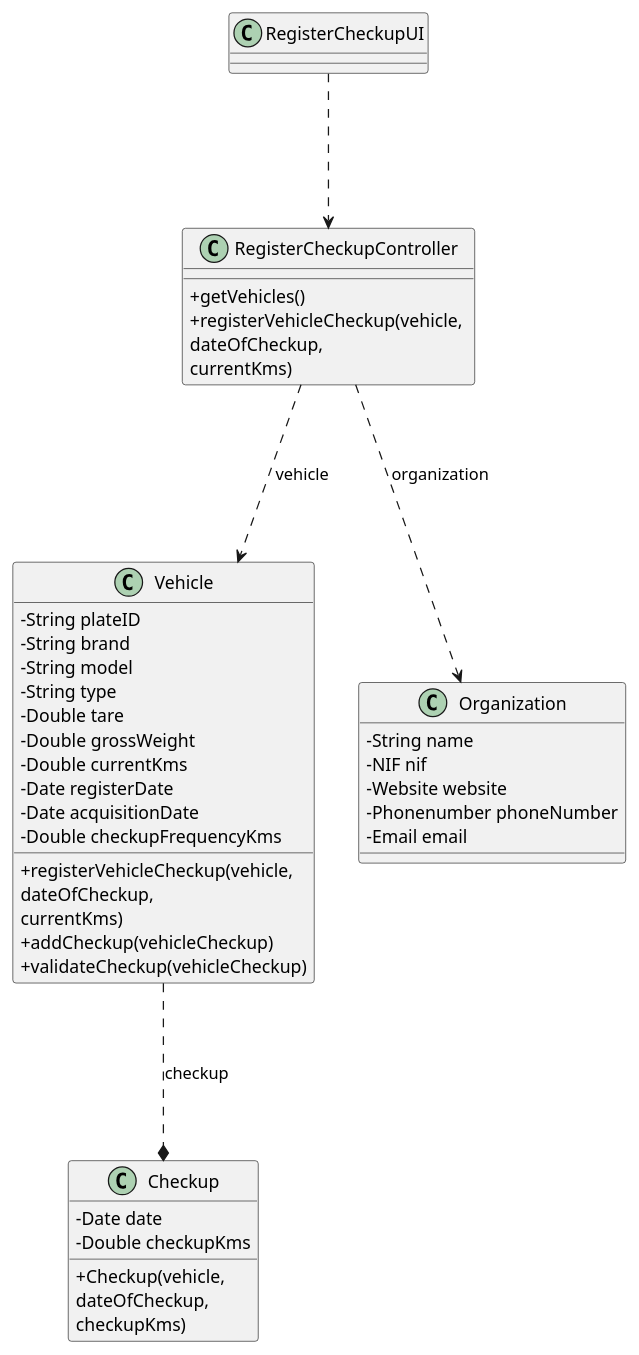
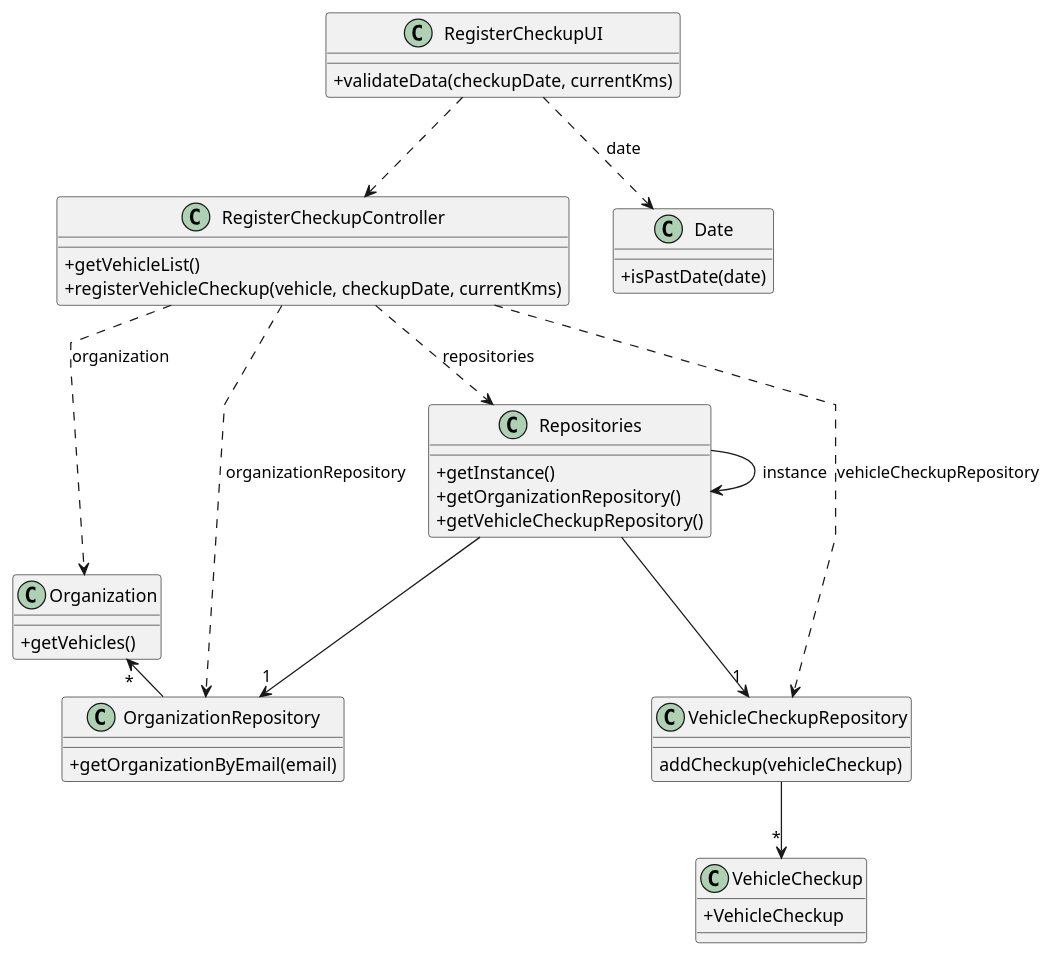
One commit to Rui-San/LAPR2_2023_2024 changed the diagram in docs/sprintB/us007/03.design/puml/us007-class-diagram.puml. Above: the diagram before and after it, drawn with PlantUML. The commit also changed 2 other files, not shown here.

Commit message:
US007: Small changes to Class diagram and Sequence Diagram

```diff
--- a/docs/sprintB/us007/03.design/puml/us007-class-diagram.puml
+++ b/docs/sprintB/us007/03.design/puml/us007-class-diagram.puml
@@ -1,57 +1,58 @@
 @startuml
 'skinparam monochrome true
 skinparam packageStyle rectangle
 skinparam shadowing false
 skinparam linetype polyline
 'skinparam linetype orto
-
 skinparam classAttributeIconSize 0
-
 'left to right direction
 
-Class RegisterCheckupController{
-    +getVehicles()
-    +registerVehicleCheckup(vehicle, \ndateOfCheckup, \ncurrentKms)
+Repositories --> Repositories : instance
+RegisterCheckupUI ..> RegisterCheckupController
+RegisterCheckupController ..> Repositories : repositories
+Repositories --> "1" OrganizationRepository
+Repositories --> "1" VehicleCheckupRepository
+VehicleCheckupRepository --> "*" VehicleCheckup
+OrganizationRepository --l> "*" Organization
+RegisterCheckupController ..> OrganizationRepository : organizationRepository
+RegisterCheckupController ..> VehicleCheckupRepository : vehicleCheckupRepository
+RegisterCheckupController ..> Organization : organization
+RegisterCheckupUI ..> Date : date
+
+class RegisterCheckupUI{
+    +validateData(checkupDate, currentKms)
 }
 
-Class RegisterCheckupUI {
-
+class RegisterCheckupController{
+    +getVehicleList()
+    +registerVehicleCheckup(vehicle, checkupDate, currentKms)
 }
 
-Class Vehicle{
-    -String plateID
-    -String brand
-    -String model
-    -String type
-    -Double tare
-    -Double grossWeight
-    -Double currentKms
-    -Date registerDate
-    -Date acquisitionDate
-    -Double checkupFrequencyKms
-    +registerVehicleCheckup(vehicle, \ndateOfCheckup, \ncurrentKms)
-    +addCheckup(vehicleCheckup)
-    +validateCheckup(vehicleCheckup)
-}
-
-class Organization {
-    -String name
-    -NIF nif
-    -Website website
-    -Phonenumber phoneNumber
-    -Email email
-}
-
-class Checkup{
-    -Date date
-    -Double checkupKms
-    +Checkup(vehicle, \ndateOfCheckup, \ncheckupKms)
+class Date{
+    +isPastDate(date)
 }
 
 
-RegisterCheckupUI --.> RegisterCheckupController
-RegisterCheckupController --.> Vehicle : vehicle
-RegisterCheckupController --.> Organization : organization
-Vehicle --.* Checkup : checkup
+class Organization{
+    +getVehicles()
+}
+
+class VehicleCheckup{
+    +VehicleCheckup
+}
+
+class Repositories{
+    +getInstance()
+    +getOrganizationRepository()
+    +getVehicleCheckupRepository()
+}
+
+class OrganizationRepository{
+    +getOrganizationByEmail(email)
+}
+
+class VehicleCheckupRepository{
+    addCheckup(vehicleCheckup)
+}
 
 @enduml
```
